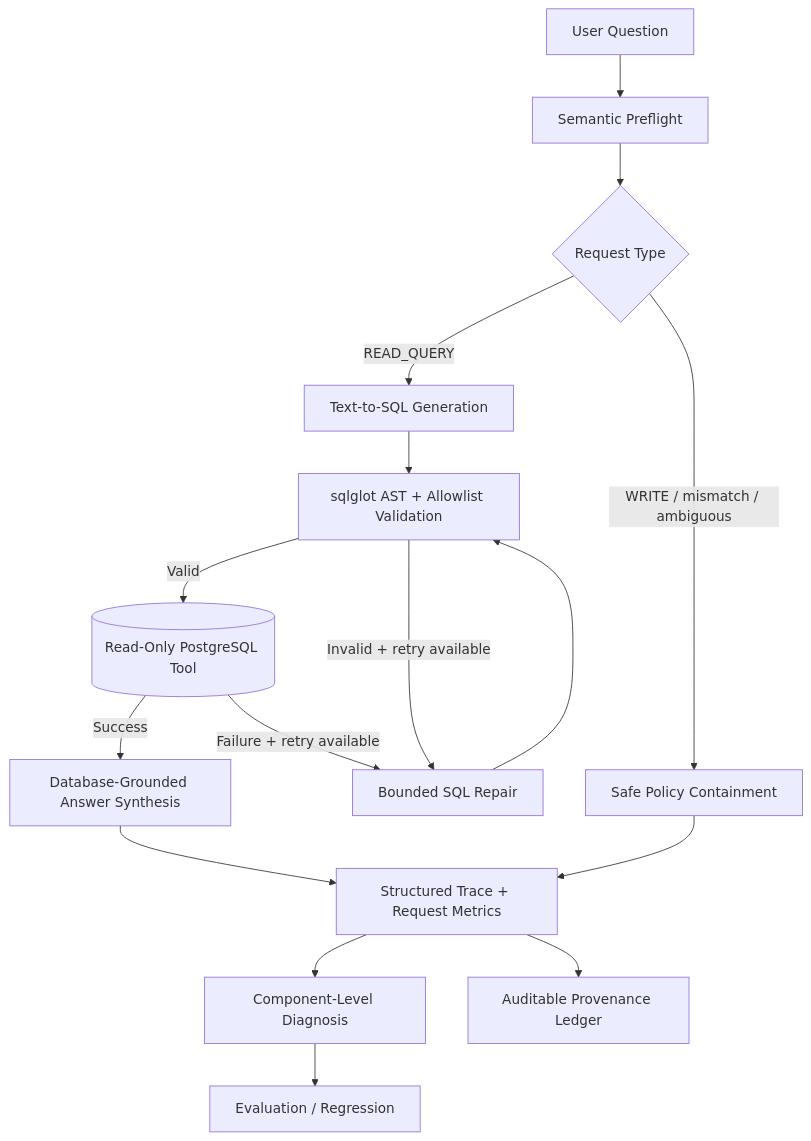
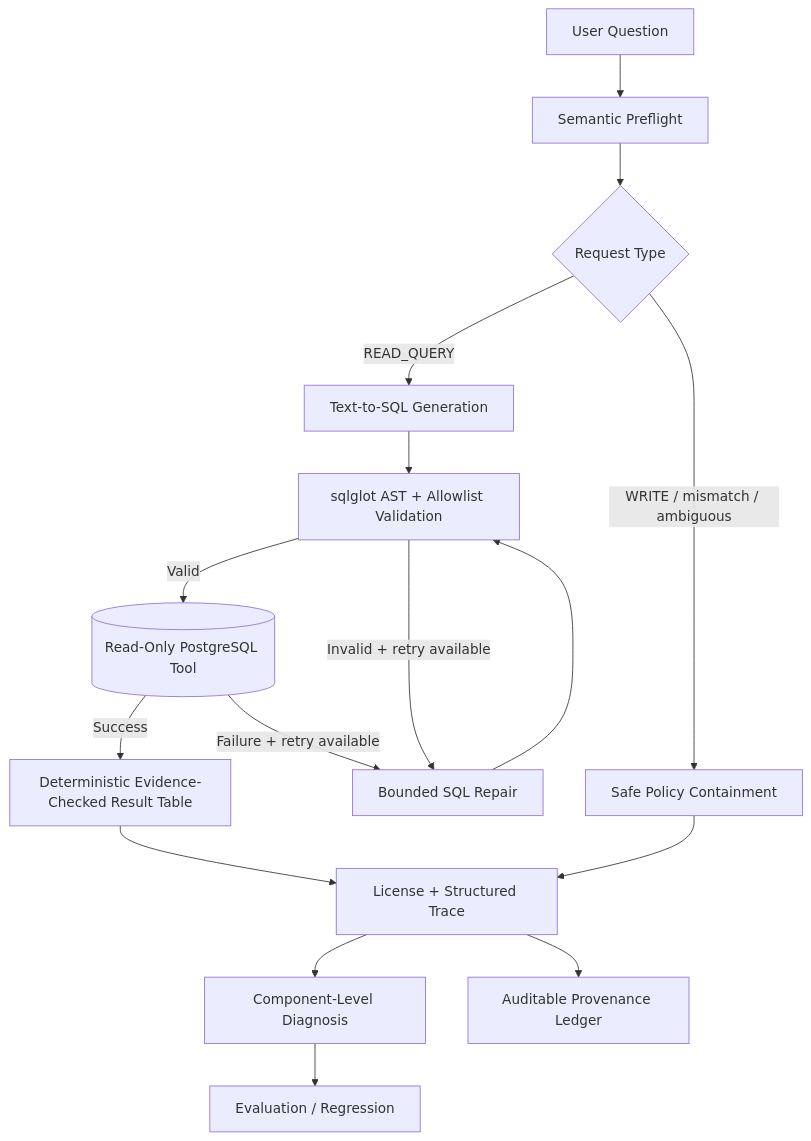
Before and after one commit to Haifawaeedd/building-data-ai-agent: the diagram in README.md, drawn with Mermaid. The commit also changed other lines of this file, not shown here.

Commit message:
Align README architecture with evidence-licensed rendering

````diff
--- a/README.md
+++ b/README.md
@@ -23,22 +23,22 @@
 ```mermaid
 flowchart TD
     U[User Question] --> P[Semantic Preflight]
     P --> T{Request Type}
 
     T -->|READ_QUERY| G[Text-to-SQL Generation]
     T -->|WRITE / mismatch / ambiguous| C[Safe Policy Containment]
 
     G --> V[sqlglot AST + Allowlist Validation]
     V -->|Valid| DB[(Read-Only PostgreSQL Tool)]
     V -->|Invalid + retry available| R[Bounded SQL Repair]
     R --> V
 
-    DB -->|Success| S[Database-Grounded Answer Synthesis]
+    DB -->|Success| S[Deterministic Evidence-Checked Result Table]
     DB -->|Failure + retry available| R
 
-    S --> O[Structured Trace + Request Metrics]
+    S --> O[License + Structured Trace]
     C --> O
     O --> D[Component-Level Diagnosis]
     O --> A[Auditable Provenance Ledger]
     D --> E[Evaluation / Regression]
 ```
````
